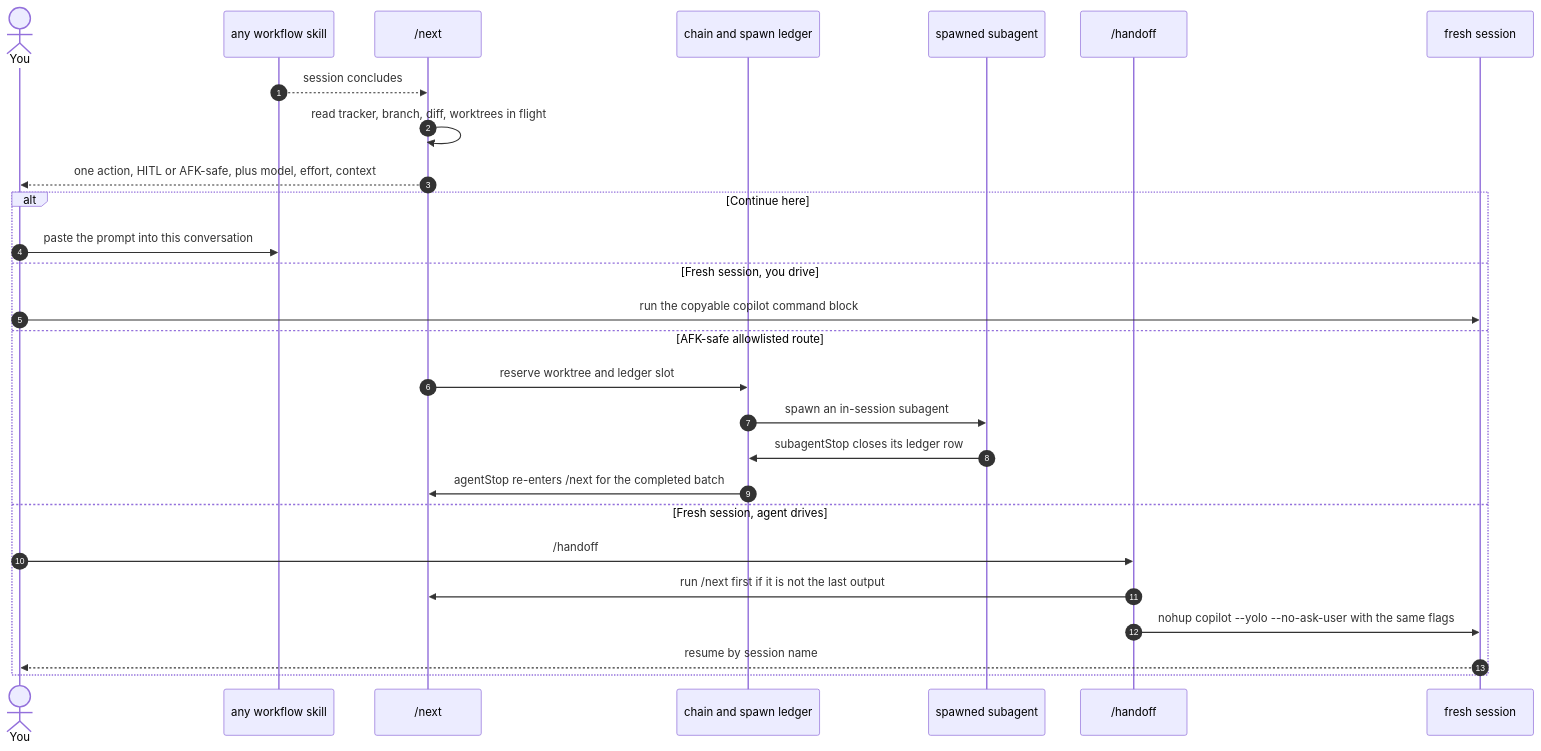
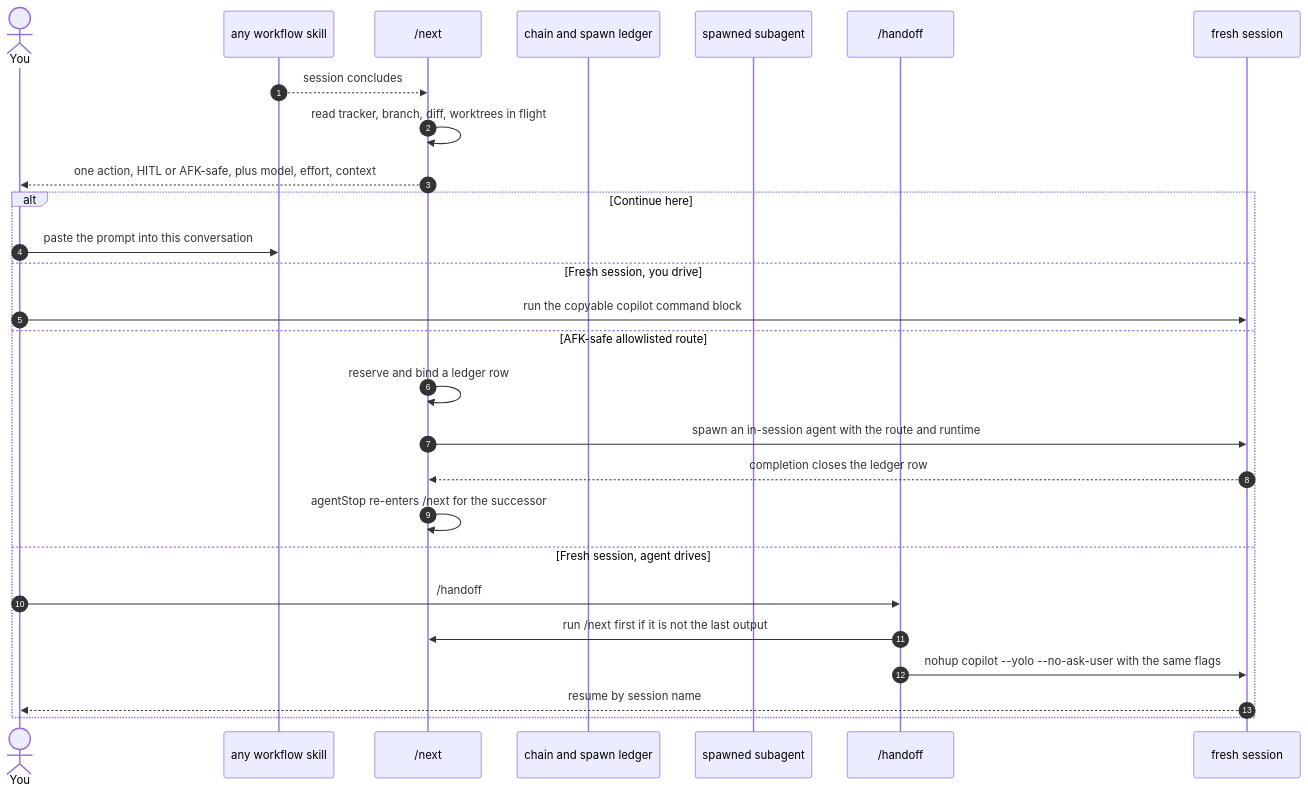
The third of 12 diagrams in docs/skill-connections.md (bradcstevens/git-loopy-skills), drawn with Mermaid before and after one commit. The commit also changed other lines of this file and 2 other files, not shown here.

Commit message:
docs: describe next chain spawning

````diff
--- a/docs/skill-connections.md
+++ b/docs/skill-connections.md
@@ -168,31 +168,31 @@
 ```mermaid
 sequenceDiagram
     autonumber
     actor U as You
     participant SK as any workflow skill
     participant NX as /next
     participant CH as chain and spawn ledger
     participant SA as spawned subagent
     participant HO as /handoff
     participant BG as fresh session
 
     SK-->>NX: session concludes
     NX->>NX: read tracker, branch, diff, worktrees in flight
     NX-->>U: one action, HITL or AFK-safe, plus model, effort, context
 
     alt Continue here
         U->>SK: paste the prompt into this conversation
     else Fresh session, you drive
         U->>BG: run the copyable copilot command block
     else AFK-safe allowlisted route
-        NX->>CH: reserve worktree and ledger slot
-        CH->>SA: spawn an in-session subagent
-        SA->>CH: subagentStop closes its ledger row
-        CH->>NX: agentStop re-enters /next for the completed batch
+        NX->>NX: reserve and bind a ledger row
+        NX->>BG: spawn an in-session agent with the route and runtime
+        BG-->>NX: completion closes the ledger row
+        NX->>NX: agentStop re-enters /next for the successor
     else Fresh session, agent drives
         U->>HO: /handoff
         HO->>NX: run /next first if it is not the last output
         HO->>BG: nohup copilot --yolo --no-ask-user with the same flags
         BG-->>U: resume by session name
     end
 ```
````
